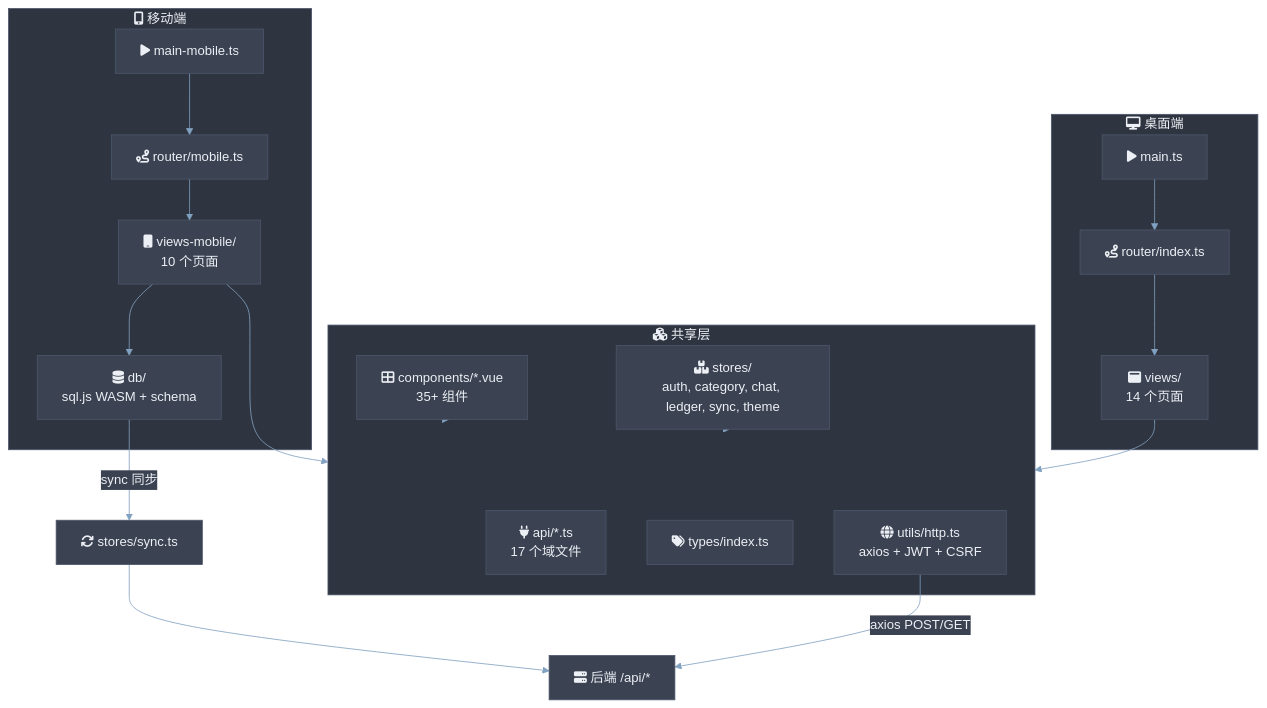
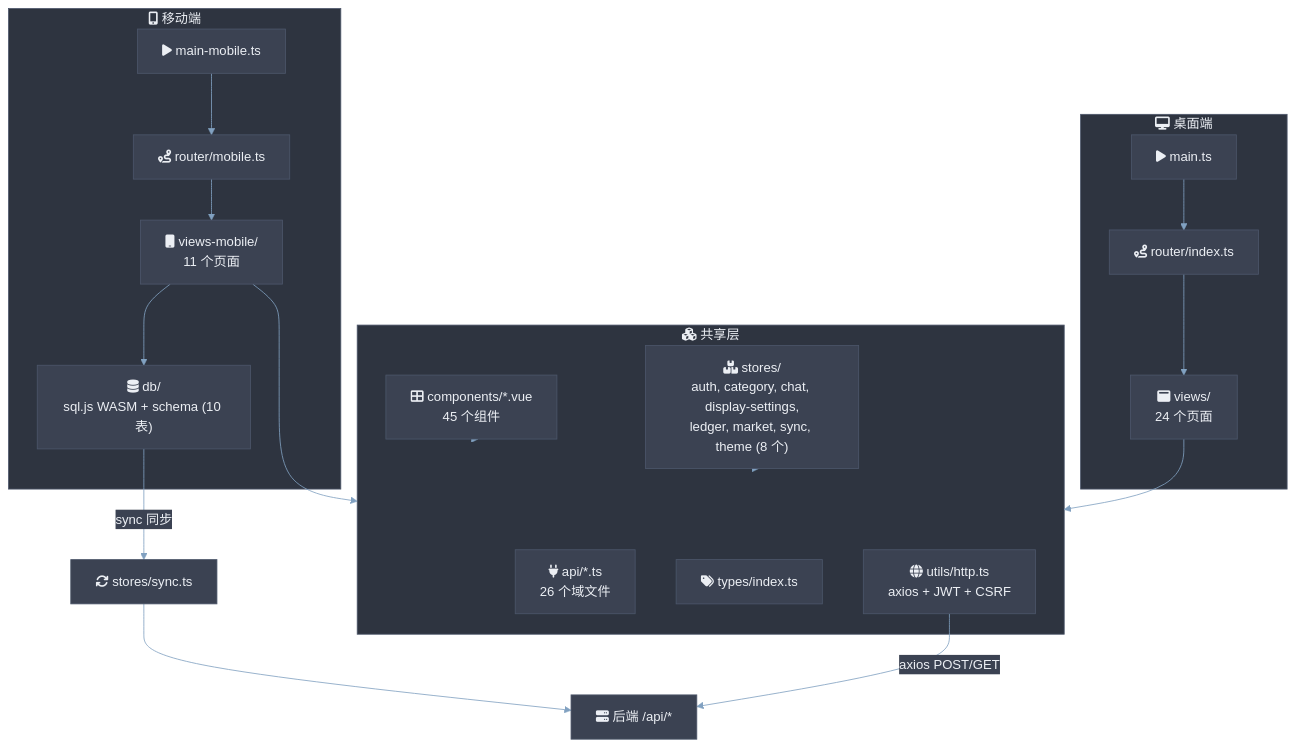
Before and after one commit to quintin-lee/Minefolio: the seventh of 9 diagrams in docs/architecture.md, drawn with Mermaid. The commit also changed other lines of this file and 6 other files, not shown here.

````diff
--- a/docs/architecture.md
+++ b/docs/architecture.md
@@ -773,46 +773,46 @@
 ```mermaid
 %%{init: {
   'theme': 'base',
   'themeVariables': {
     'background': '#2E3440','primaryColor': '#81A1C1','primaryBorderColor': '#4C566A',
     'primaryTextColor': '#ECEFF4','secondaryColor': '#3B4252','secondaryBorderColor': '#434C5E',
     'secondaryTextColor': '#D8DEE9','lineColor': '#81A1C1','textColor': '#ECEFF4',
     'mainBkg': '#3B4252','nodeBorder': '#4C566A','clusterBkg': '#2E3440',
     'clusterBorder': '#4C566A','titleColor': '#ECEFF4','edgeLabelBackground': '#3B4252',
     'nodeTextColor': '#ECEFF4'
   },
   'flowchart': {'htmlLabels': true, 'curve': 'basis'}
 }}%%
 graph TB
     subgraph shared["fa:fa-cubes 共享层"]
-        api["fa:fa-plug api/*.ts<br/>17 个域文件"]
+        api["fa:fa-plug api/*.ts<br/>26 个域文件"]
         types["fa:fa-tags types/index.ts"]
-        components["fa:fa-th-large components/*.vue<br/>35+ 组件"]
-        stores["fa:fa-boxes stores/<br/>auth, category, chat, ledger, sync, theme"]
+        components["fa:fa-th-large components/*.vue<br/>45 个组件"]
+        stores["fa:fa-boxes stores/<br/>auth, category, chat, display-settings,<br/>ledger, market, sync, theme (8 个)"]
         http["fa:fa-globe utils/http.ts<br/>axios + JWT + CSRF"]
     end
 
     subgraph desktop["fa:fa-desktop 桌面端"]
         d_main["fa:fa-play main.ts"]
         d_router["fa:fa-route router/index.ts"]
-        d_views["fa:fa-window-maximize views/<br/>14 个页面"]
+        d_views["fa:fa-window-maximize views/<br/>24 个页面"]
     end
 
     subgraph mobile["fa:fa-mobile-alt 移动端"]
         m_main["fa:fa-play main-mobile.ts"]
         m_router["fa:fa-route router/mobile.ts"]
-        m_views["fa:fa-mobile views-mobile/<br/>10 个页面"]
-        m_db["fa:fa-database db/<br/>sql.js WASM + schema"]
+        m_views["fa:fa-mobile views-mobile/<br/>11 个页面"]
+        m_db["fa:fa-database db/<br/>sql.js WASM + schema (10 表)"]
     end
 
     d_main --> d_router --> d_views
     m_main --> m_router --> m_views
     m_views --> m_db
     d_views --> shared
     m_views --> shared
     stores --> shared
     components --> shared
     http -->|"axios POST/GET"| backend["fa:fa-server 后端 /api/*"]
     m_db -->|"sync 同步"| sync_store["fa:fa-sync stores/sync.ts"]
     sync_store --> backend
 ```
````
